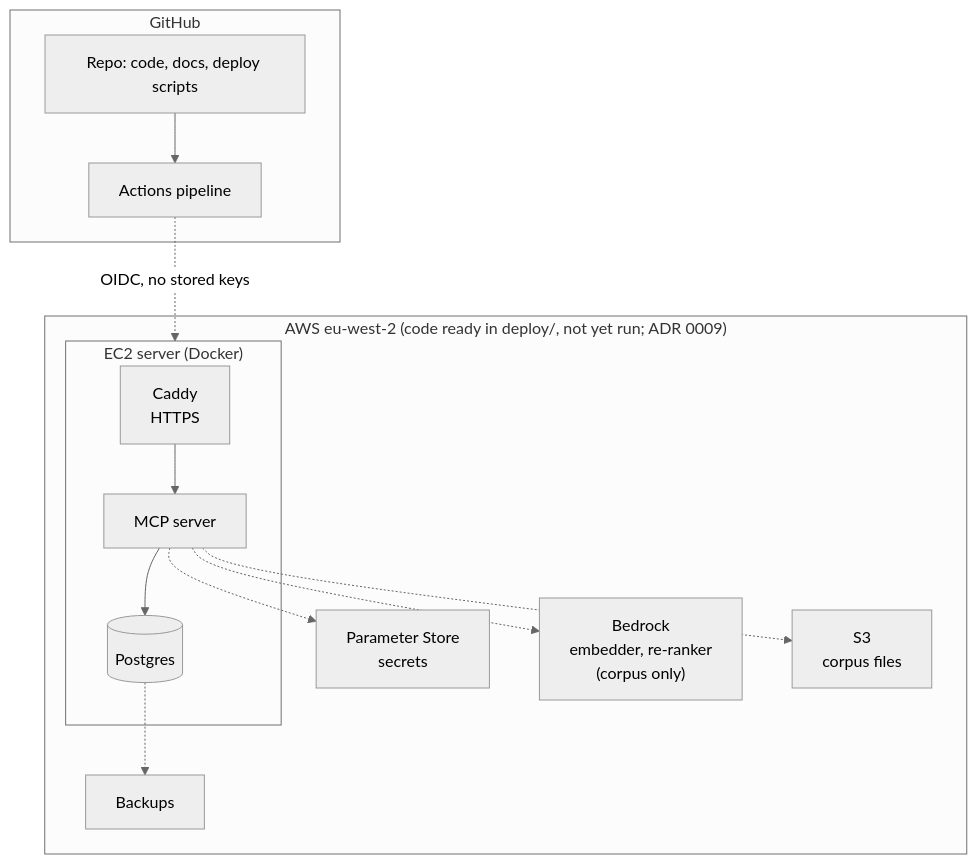
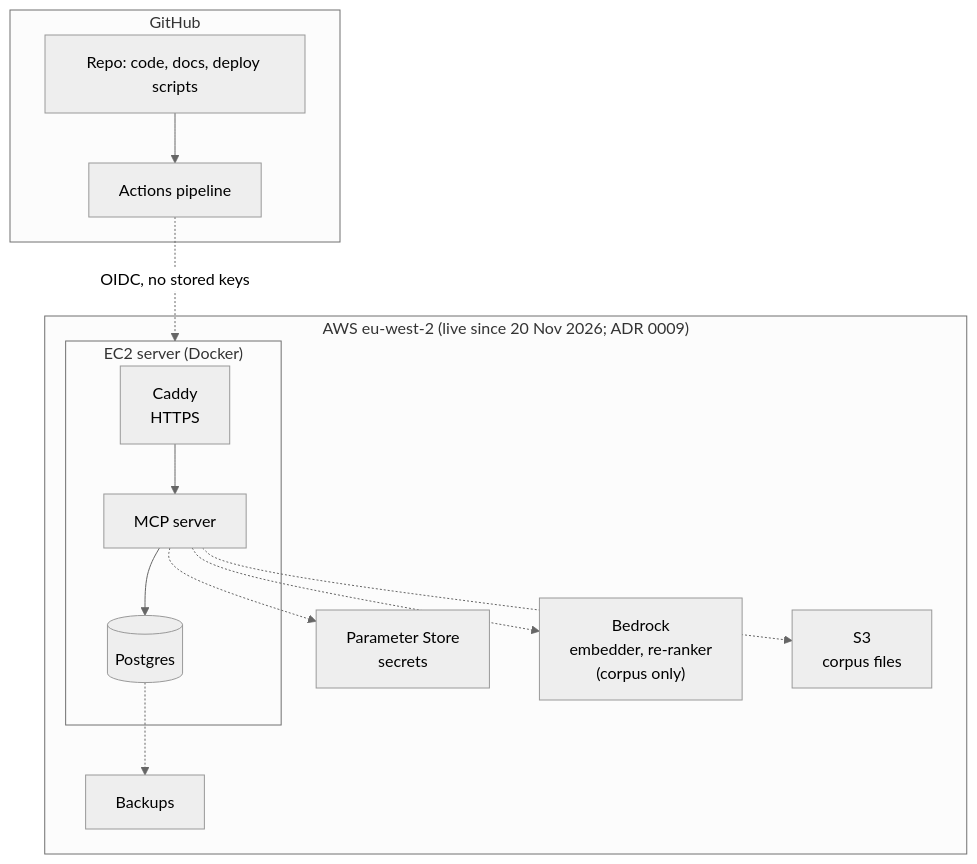
The second of 3 diagrams in architecture/ARCHITECTURE.md (florinmarcus/builders_lab), drawn with Mermaid (neutral theme) before and after one commit. The commit also changed 4 other files, not shown here.

First line of the commit message:
Live on AWS: stack builders-lab-prod up and healthy; tests find system.rag (repo root on pytest path); docs and parking lot updated (N5 mostly done, S28-S30)

````diff
--- a/architecture/ARCHITECTURE.md
+++ b/architecture/ARCHITECTURE.md
@@ -41,24 +41,24 @@
 ```mermaid
 flowchart TB
     subgraph gh["GitHub"]
         repo["Repo: code, docs, deploy scripts"]
         ci["Actions pipeline"]
     end
 
-    subgraph aws["AWS eu-west-2 (code ready in deploy/, not yet run; ADR 0009)"]
+    subgraph aws["AWS eu-west-2 (live since 20 Nov 2026; ADR 0009)"]
         subgraph ec2["EC2 server (Docker)"]
             caddy["Caddy<br/>HTTPS"] --> app["MCP server"] --> pg[("Postgres")]
         end
         ssm["Parameter Store<br/>secrets"]
         backup["Backups"]
         bedrock["Bedrock<br/>embedder, re-ranker<br/>(corpus only)"]
         s3["S3<br/>corpus files"]
     end
 
     repo --> ci
     ci -.->|"OIDC, no stored keys"| ec2
     app -.-> ssm
     pg -.-> backup
     app -.-> bedrock
     app -.-> s3
 ```
````
